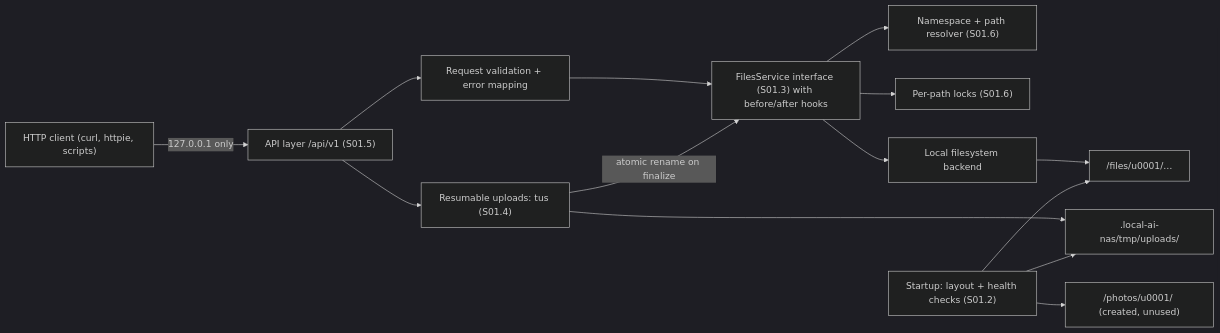
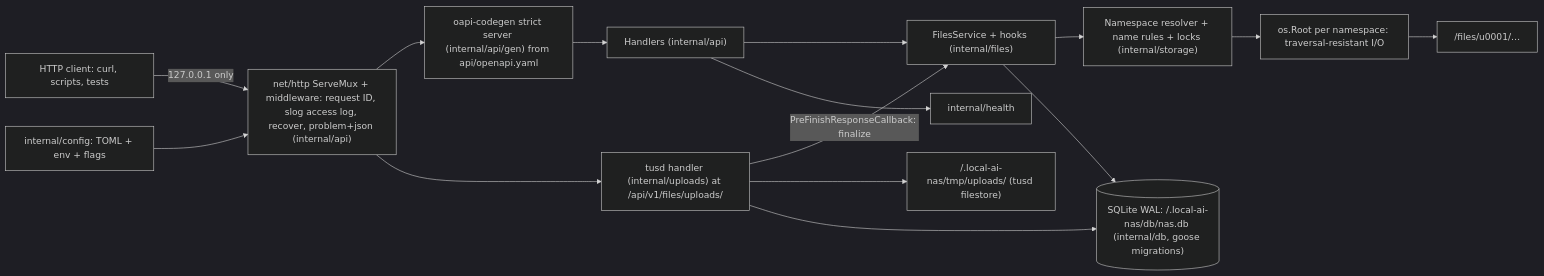
Before and after one commit to KhizirFarrukh/local-ai-nas: the diagram in code-agent-docs/stages/S01-basic-nas.md, drawn with Mermaid (dark theme). The commit also changed other lines of this file and 25 other files, not shown here.

````diff
--- a/code-agent-docs/stages/S01-basic-nas.md
+++ b/code-agent-docs/stages/S01-basic-nas.md
@@ -77,16 +77,17 @@
 ```mermaid
 flowchart LR
-    CLIENT["HTTP client (curl, httpie, scripts)"] -->|"127.0.0.1 only"| API["API layer /api/v1 (S01.5)"]
-    API --> VALID["Request validation + error mapping"]
-    VALID --> SVC["FilesService interface (S01.3) with before/after hooks"]
-    SVC --> RES["Namespace + path resolver (S01.6)"]
-    SVC --> LOCK["Per-path locks (S01.6)"]
-    SVC --> FS["Local filesystem backend"]
-    API --> TUS["Resumable uploads: tus (S01.4)"]
-    TUS --> TMP[".local-ai-nas/tmp/uploads/"]
-    TUS -->|"atomic rename on finalize"| SVC
-    FS --> FILES["<root>/files/u0001/…"]
-    INIT["Startup: layout + health checks (S01.2)"] --> FILES
-    INIT --> PHOTOS["<root>/photos/u0001/ (created, unused)"]
-    INIT --> TMP
+    CLIENT["HTTP client: curl, scripts, tests"] -->|"127.0.0.1 only"| MUX["net/http ServeMux + middleware: request ID, slog access log, recover, problem+json (internal/api)"]
+    MUX --> GEN["oapi-codegen strict server (internal/api/gen) from api/openapi.yaml"]
+    GEN --> H["Handlers (internal/api)"]
+    MUX --> TUS["tusd handler (internal/uploads) at /api/v1/files/uploads/"]
+    H --> SVC["FilesService + hooks (internal/files)"]
+    TUS -->|"PreFinishResponseCallback: finalize"| SVC
+    SVC --> RES["Namespace resolver + name rules + locks (internal/storage)"]
+    RES --> ROOT["os.Root per namespace: traversal-resistant I/O"]
+    ROOT --> FILES["<root>/files/u0001/…"]
+    TUS --> TMP["<root>/.local-ai-nas/tmp/uploads/ (tusd filestore)"]
+    H --> HEALTH["internal/health"]
+    SVC --> DB[("SQLite WAL: <root>/.local-ai-nas/db/nas.db (internal/db, goose migrations)")]
+    TUS --> DB
+    CFG["internal/config: TOML + env + flags"] --> MUX
 ```
````
